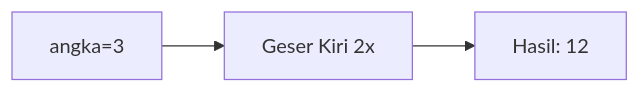
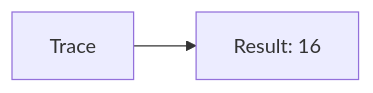
The second of 25 diagrams in part-c-pemahaman-cpp/06-bitwise/latihan/set-02.md (amnahwaida/OSNK_INF_PREP), drawn with Mermaid before and after one commit. The commit also changed other lines of this file and 71 other files, not shown here.

````diff
--- a/part-c-pemahaman-cpp/06-bitwise/latihan/set-02.md
+++ b/part-c-pemahaman-cpp/06-bitwise/latihan/set-02.md
@@ -48,5 +43,4 @@
 ```mermaid
 graph LR
-A["angka=3"] --> B["Geser Kiri 2x"]
-B --> C["Hasil: 12"]
+A[Trace] --> B[Result: 16]
 ```
````
